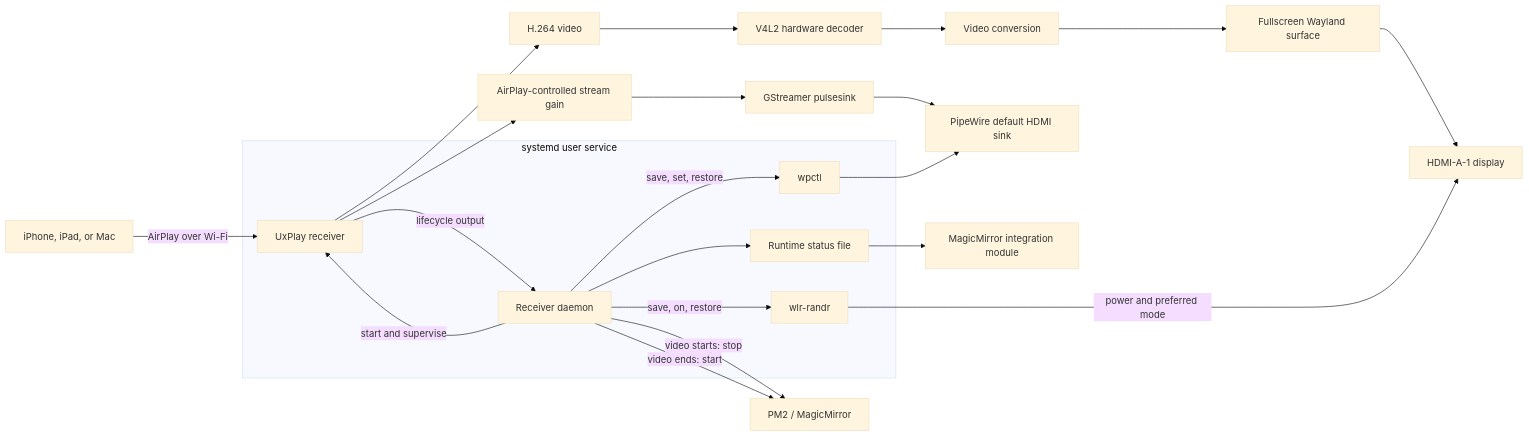
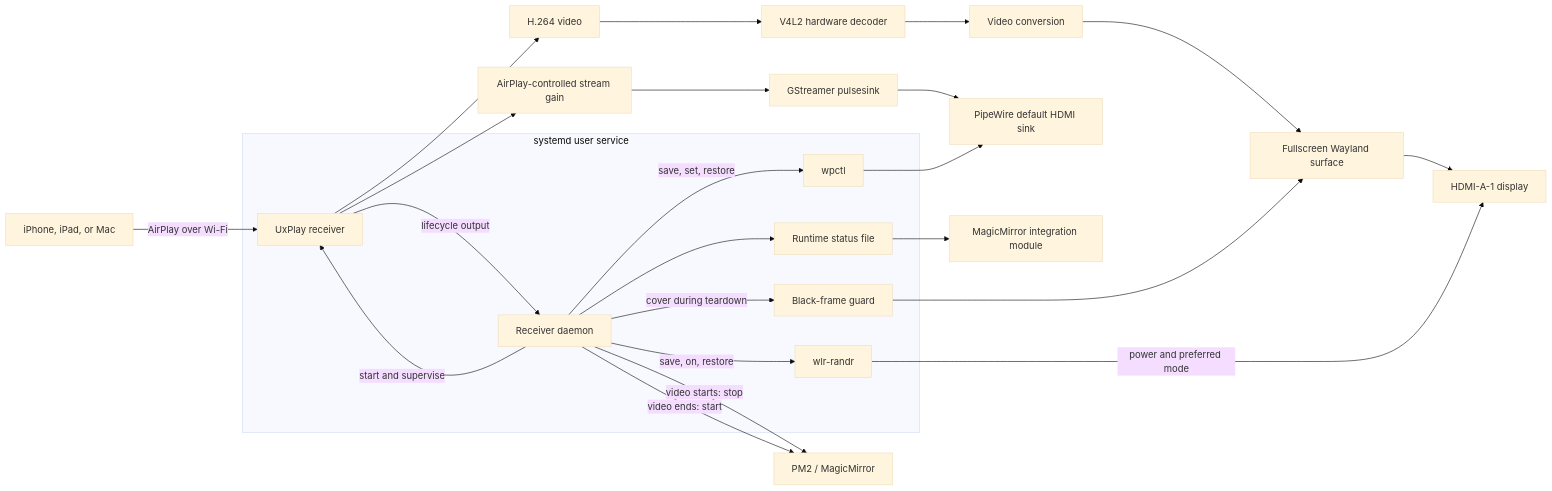
One commit to streicherlouw/MMM-Airplay-Receiver changed the diagram in README.md. Above: the diagram before and after it, drawn with Mermaid (base theme). The commit also changed other lines of this file and 11 other files, not shown here.

Commit message:
Guard display during AirPlay teardown

````diff
--- a/README.md
+++ b/README.md
@@ -73,28 +83,30 @@
 ```mermaid
 flowchart LR
     Apple["iPhone, iPad, or Mac"] -->|"AirPlay over Wi-Fi"| UxPlay["UxPlay receiver"]
 
     subgraph ReceiverService["systemd user service"]
         Daemon["Receiver daemon"] -->|"start and supervise"| UxPlay
         UxPlay -->|"lifecycle output"| Daemon
         Daemon --> Status["Runtime status file"]
         Daemon -->|"save, set, restore"| Wpctl["wpctl"]
         Daemon -->|"save, on, restore"| WlrRandr["wlr-randr"]
+        Daemon -->|"cover during teardown"| Guard["Black-frame guard"]
     end
 
     UxPlay --> Video["H.264 video"]
     Video --> Decoder["V4L2 hardware decoder"]
     Decoder --> Convert["Video conversion"]
     Convert --> Wayland["Fullscreen Wayland surface"]
+    Guard --> Wayland
     Wayland --> HDMI["HDMI-A-1 display"]
     WlrRandr -->|"power and preferred mode"| HDMI
 
     UxPlay --> Audio["AirPlay-controlled stream gain"]
     Audio --> Pulse["GStreamer pulsesink"]
     Pulse --> PipeWire["PipeWire default HDMI sink"]
     Wpctl --> PipeWire
 
     Daemon -->|"video starts: stop"| PM2["PM2 / MagicMirror"]
     Daemon -->|"video ends: start"| PM2
     Status --> Module["MagicMirror integration module"]
 ```
````
